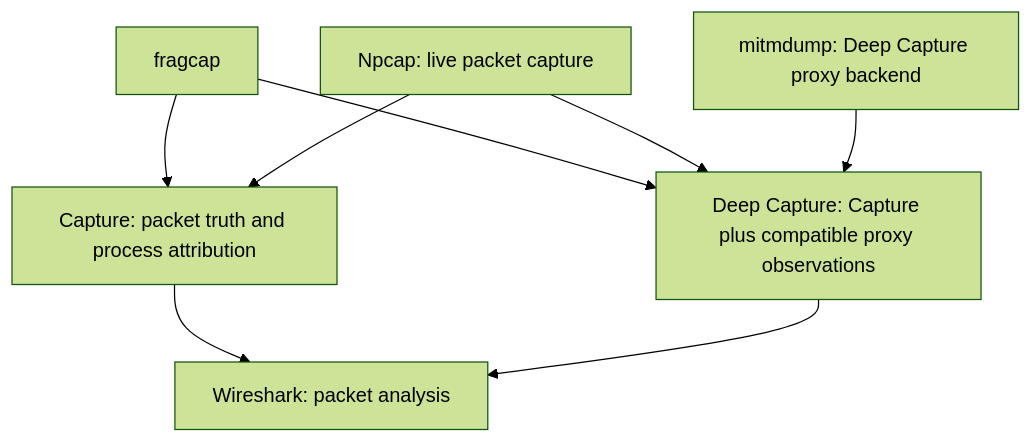
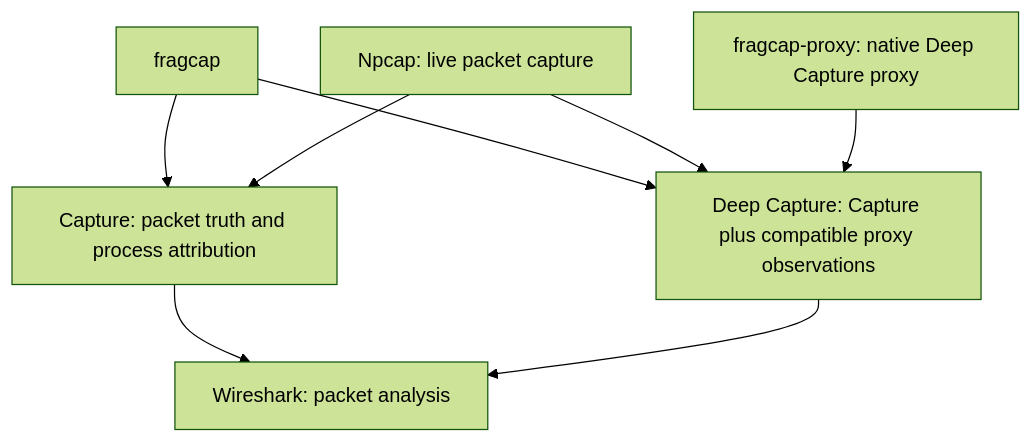
Before and after one commit to h8rt3rmin8r/fragcap: the diagram in site/content/docs/getting-started.mdx, drawn with Mermaid (forest theme). The commit also changed other lines of this file and 59 other files, not shown here.

First line of the commit message:
S104: cut Deep Capture over to native HTTP/TLS (#341)

````diff
--- a/site/content/docs/getting-started.mdx
+++ b/site/content/docs/getting-started.mdx
@@ -23,16 +22,16 @@
 ```mermaid
 flowchart TD
   fragcap["fragcap"]
   npcap["Npcap: live packet capture"]
   wireshark["Wireshark: packet analysis"]
-  mitmdump["mitmdump: Deep Capture proxy backend"]
+  proxy["fragcap-proxy: native Deep Capture proxy"]
   capture["Capture: packet truth and process attribution"]
   deep["Deep Capture: Capture plus compatible proxy observations"]
   fragcap --> capture
   fragcap --> deep
   npcap --> capture
   npcap --> deep
-  mitmdump --> deep
+  proxy --> deep
   capture --> wireshark
   deep --> wireshark
 ```
````
